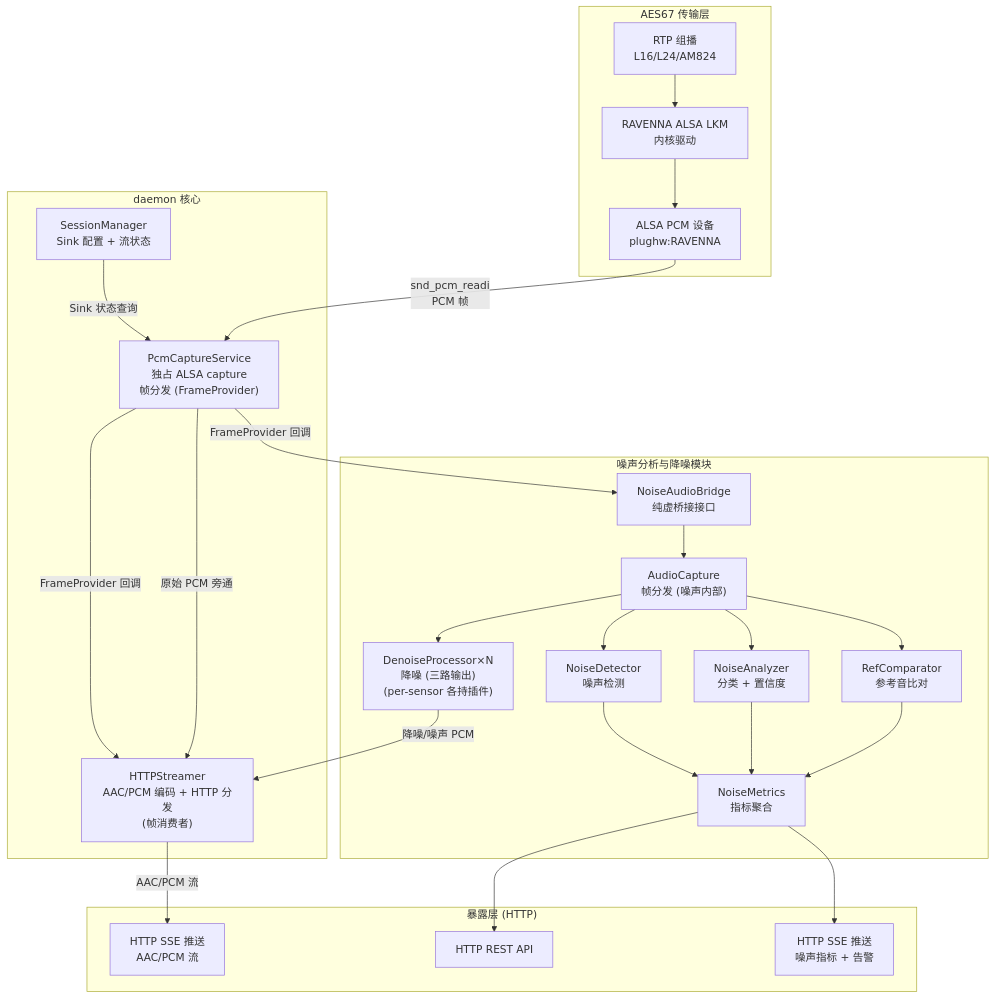
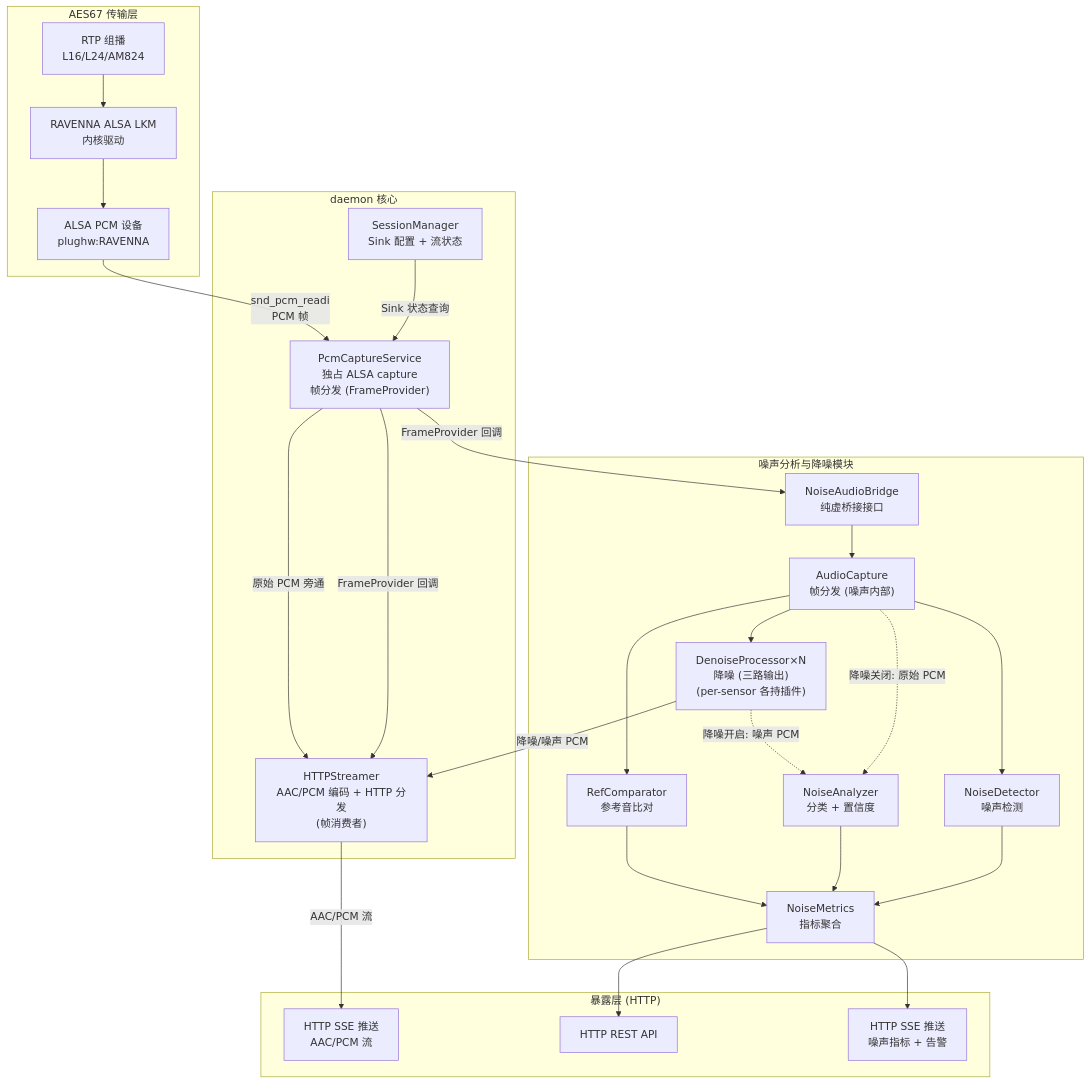
The second of 6 diagrams in docs/noise/architecture-design.md (JunJunHub/aes67-linux-daemon), drawn with Mermaid before and after one commit. The commit also changed other lines of this file, not shown here.

First line of the commit message:
docs(noise): 架构总览补充 NoiseAnalyzer 噪声 PCM 输入路径 + 重规划实施阶段

````diff
--- a/docs/noise/architecture-design.md
+++ b/docs/noise/architecture-design.md
@@ -174,44 +174,46 @@
 ```mermaid
 flowchart TB
     subgraph AES67["AES67 传输层"]
         RTP["RTP 组播<br/>L16/L24/AM824"]
         LKM["RAVENNA ALSA LKM<br/>内核驱动"]
         ALSA["ALSA PCM 设备<br/>plughw:RAVENNA"]
     end
 
     subgraph CORE["daemon 核心"]
         SM["SessionManager<br/>Sink 配置 + 流状态"]
         PCS["PcmCaptureService<br/>独占 ALSA capture<br/>帧分发 (FrameProvider)"]
         STR["HTTPStreamer<br/>AAC/PCM 编码 + HTTP 分发<br/>(帧消费者)"]
     end
 
     subgraph NOISE["噪声分析与降噪模块"]
         BRIDGE_IF["NoiseAudioBridge<br/>纯虚桥接接口"]
         CAP["AudioCapture<br/>帧分发 (噪声内部)"]
         DET["NoiseDetector<br/>噪声检测"]
         ANA["NoiseAnalyzer<br/>分类 + 置信度"]
         DNR["DenoiseProcessor×N<br/>降噪 (三路输出)<br/>(per-sensor 各持插件)"]
         REF["RefComparator<br/>参考音比对"]
         MET["NoiseMetrics<br/>指标聚合"]
     end
 
     subgraph API["暴露层 (HTTP)"]
         AudioSSE["HTTP SSE 推送<br/>AAC/PCM 流"]
         HTTP["HTTP REST API"]
         NoiseSSE["HTTP SSE 推送<br/>噪声指标 + 告警"]
     end
 
     RTP --> LKM --> ALSA
     SM -->|Sink 状态查询| PCS
     ALSA -->|snd_pcm_readi<br/>PCM 帧| PCS
     PCS -->|FrameProvider 回调| STR
     PCS -->|FrameProvider 回调| BRIDGE_IF
     BRIDGE_IF --> CAP
-    CAP --> DET & ANA & DNR & REF
+    CAP --> DET & DNR & REF
+    CAP -.->|降噪关闭: 原始 PCM| ANA
+    DNR -.->|降噪开启: 噪声 PCM| ANA
     DET & ANA --> MET
     REF --> MET
     MET --> HTTP & NoiseSSE
     PCS -->|原始 PCM 旁通| STR
     DNR -->|降噪/噪声 PCM| STR
     STR -->|AAC/PCM 流| AudioSSE
 ```
````
